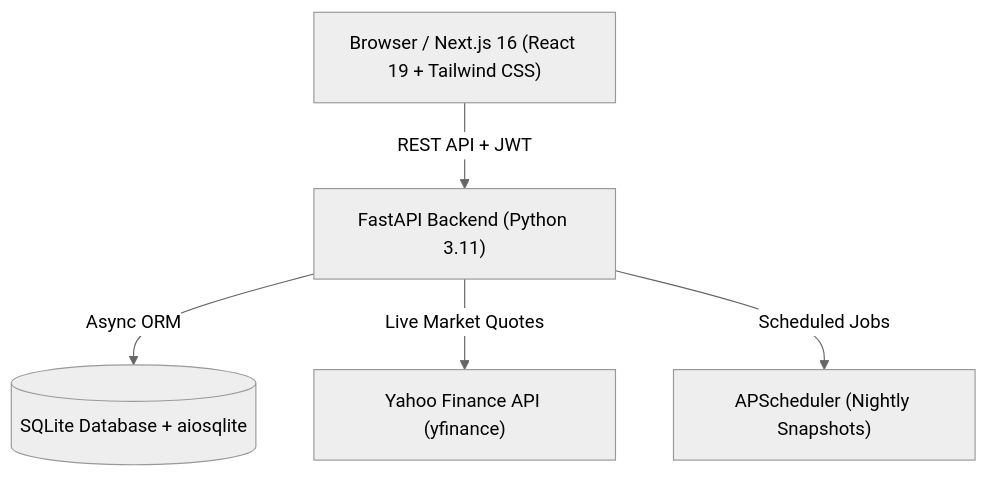
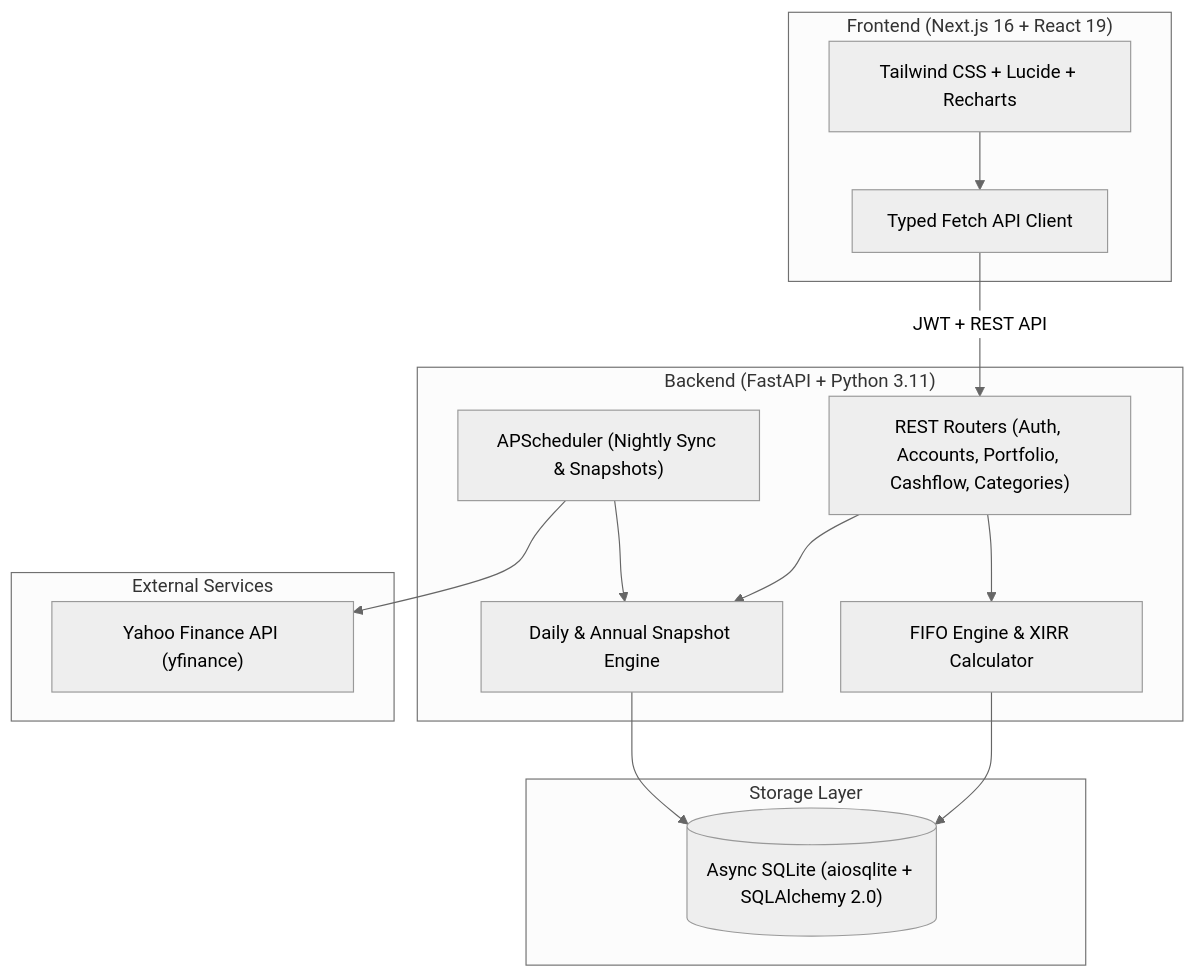
Before and after one commit to jayam04/greenline: the diagram in README.md, drawn with Mermaid (neutral theme). The commit also changed other lines of this file and 9 other files, not shown here.

````diff
--- a/README.md
+++ b/README.md
@@ -66,7 +89,31 @@
 ```mermaid
 graph TD
-    Client["Browser / Next.js 16 (React 19 + Tailwind CSS)"] -->|REST API + JWT| Backend["FastAPI Backend (Python 3.11)"]
-    Backend -->|Async ORM| SQLite[("SQLite Database + aiosqlite")]
-    Backend -->|Live Market Quotes| Yahoo["Yahoo Finance API (yfinance)"]
-    Backend -->|Scheduled Jobs| Scheduler["APScheduler (Nightly Snapshots)"]
+    subgraph Frontend["Frontend (Next.js 16 + React 19)"]
+        UI["Tailwind CSS + Lucide + Recharts"]
+        ClientAPI["Typed Fetch API Client"]
+    end
+
+    subgraph Backend["Backend (FastAPI + Python 3.11)"]
+        Router["REST Routers (Auth, Accounts, Portfolio, Cashflow, Categories)"]
+        FIFO["FIFO Engine & XIRR Calculator"]
+        SnapshotEngine["Daily & Annual Snapshot Engine"]
+        Scheduler["APScheduler (Nightly Sync & Snapshots)"]
+    end
+
+    subgraph Database["Storage Layer"]
+        SQLite[("Async SQLite (aiosqlite + SQLAlchemy 2.0)")]
+    end
+
+    subgraph External["External Services"]
+        Yahoo["Yahoo Finance API (yfinance)"]
+    end
+
+    UI --> ClientAPI
+    ClientAPI -->|JWT + REST API| Router
+    Router --> FIFO
+    Router --> SnapshotEngine
+    FIFO --> SQLite
+    SnapshotEngine --> SQLite
+    Scheduler --> SnapshotEngine
+    Scheduler --> Yahoo
 ```
````
